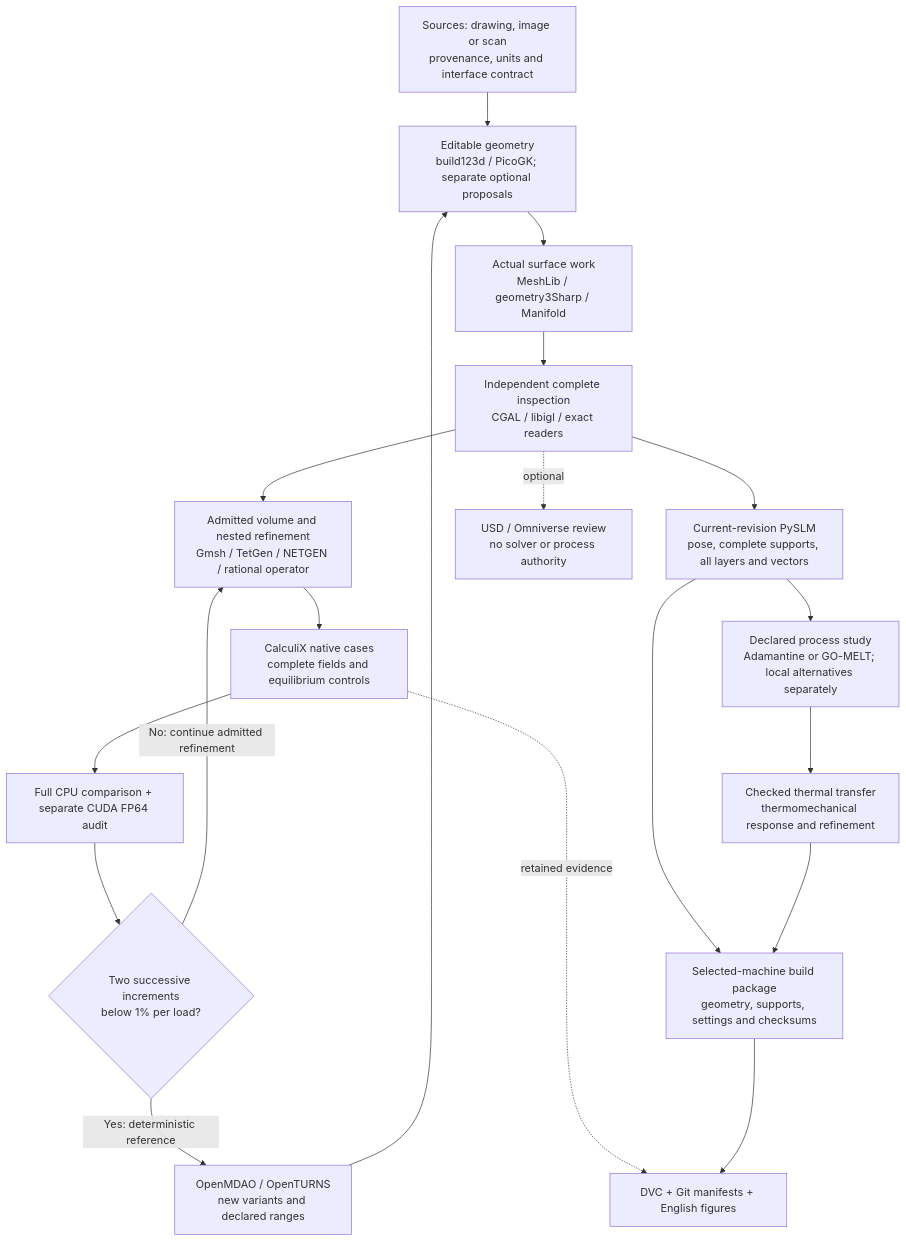
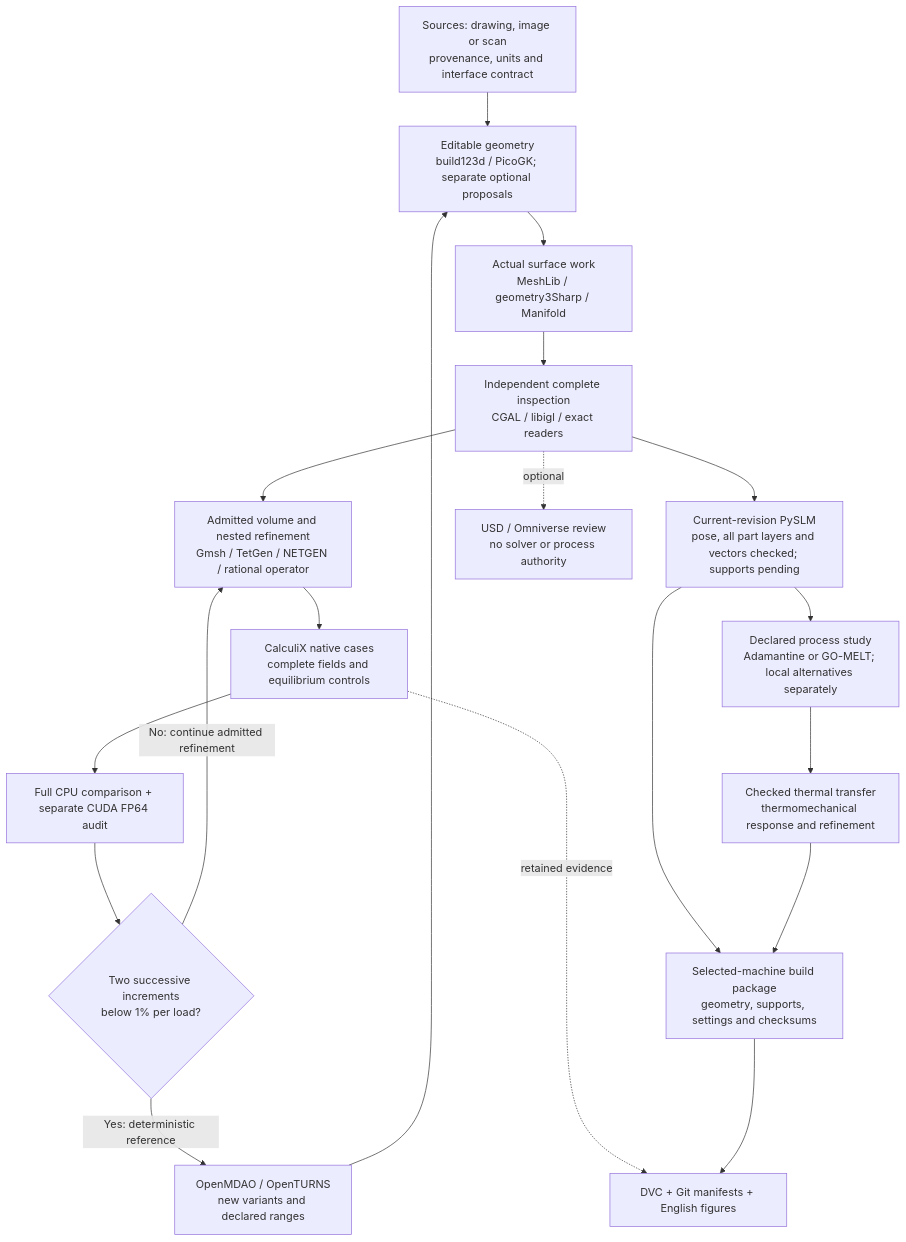
One commit to cluster2600/porscheparts changed the diagram in docs/reports/carrier-toolchain-coverage-20261106.md. Above: the diagram before and after it, drawn with Mermaid. The commit also changed other lines of this file, not shown here.

````diff
--- a/docs/reports/carrier-toolchain-coverage-20261106.md
+++ b/docs/reports/carrier-toolchain-coverage-20261106.md
@@ -193,21 +193,21 @@
 ```mermaid
 flowchart TD
     INPUT["Sources: drawing, image or scan<br/>provenance, units and interface contract"] --> CAD["Editable geometry<br/>build123d / PicoGK; separate optional proposals"]
     CAD --> SURF["Actual surface work<br/>MeshLib / geometry3Sharp / Manifold"]
     SURF --> CHECK["Independent complete inspection<br/>CGAL / libigl / exact readers"]
     CHECK --> MESH["Admitted volume and nested refinement<br/>Gmsh / TetGen / NETGEN / rational operator"]
     MESH --> SOLVE["CalculiX native cases<br/>complete fields and equilibrium controls"]
     SOLVE --> COMP["Full CPU comparison + separate CUDA FP64 audit"]
     COMP --> CONV{"Two successive increments<br/>below 1% per load?"}
     CONV -->|"No: continue admitted refinement"| MESH
     CONV -->|"Yes: deterministic reference"| OPT["OpenMDAO / OpenTURNS<br/>new variants and declared ranges"]
     OPT --> CAD
-    CHECK --> AM["Current-revision PySLM<br/>pose, complete supports, all layers and vectors"]
+    CHECK --> AM["Current-revision PySLM<br/>pose, all part layers and vectors checked; supports pending"]
     AM --> PROCESS["Declared process study<br/>Adamantine or GO-MELT; local alternatives separately"]
     PROCESS --> TM["Checked thermal transfer<br/>thermomechanical response and refinement"]
     AM --> JOB["Selected-machine build package<br/>geometry, supports, settings and checksums"]
     TM --> JOB
     CHECK -. optional .-> VIEW["USD / Omniverse review<br/>no solver or process authority"]
     SOLVE -. retained evidence .-> STORE["DVC + Git manifests + English figures"]
     JOB --> STORE
 ```
````
